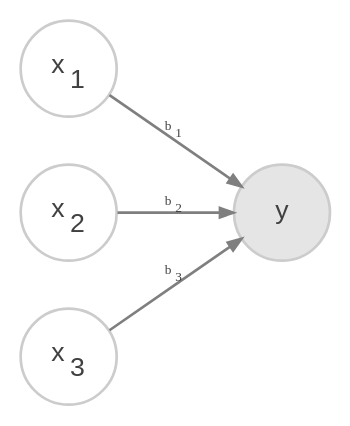
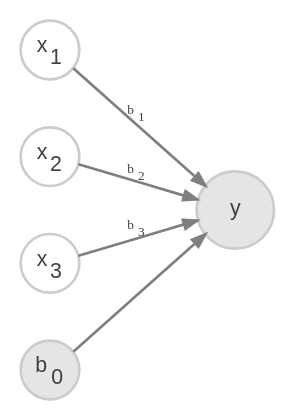
The diagram in linear_models/misc/graphical_lm.dot (m-clark/book-of-models), drawn with Graphviz before and after one commit. The commit also changed 1 other file, not shown here.

Commit message:
graphical model section

```diff
--- a/linear_models/misc/graphical_lm.dot
+++ b/linear_models/misc/graphical_lm.dot
@@ -1,15 +1,17 @@
 digraph DAG {
 
     graph [rankdir = LR bgcolor=transparent]
 
     node [shape = circle, fontcolor=gray25 color=gray80]
 
-    node [fontname="Helvetica" fontsize=10]
+    node [fontname="Helvetica" fontsize=8 fixedsize=true width=.3]
     x1 [label=<x<sub>1</sub>>]; x2 [label=<x<sub>2</sub>>]; x3 [label=<x<sub>3</sub>>]; 
 
-    node [fillcolor=gray90 style=filled]
-    y;
+    node [fillcolor=gray90 style=filled fixedsize=true width=.4]
+    y; b0[label=<b<sub>0</sub>> width=.3];
 
     edge [color=gray50 style=filled arrowsize=.5 fontsize = 5 fontcolor=gray25]
     x1 -> y [label=<b<sub>1</sub>>]; x2 -> y [label=<b<sub>2</sub>>]; x3 -> y [label=<b<sub>3</sub>>];
+
+    b0 -> y;
 }
```
